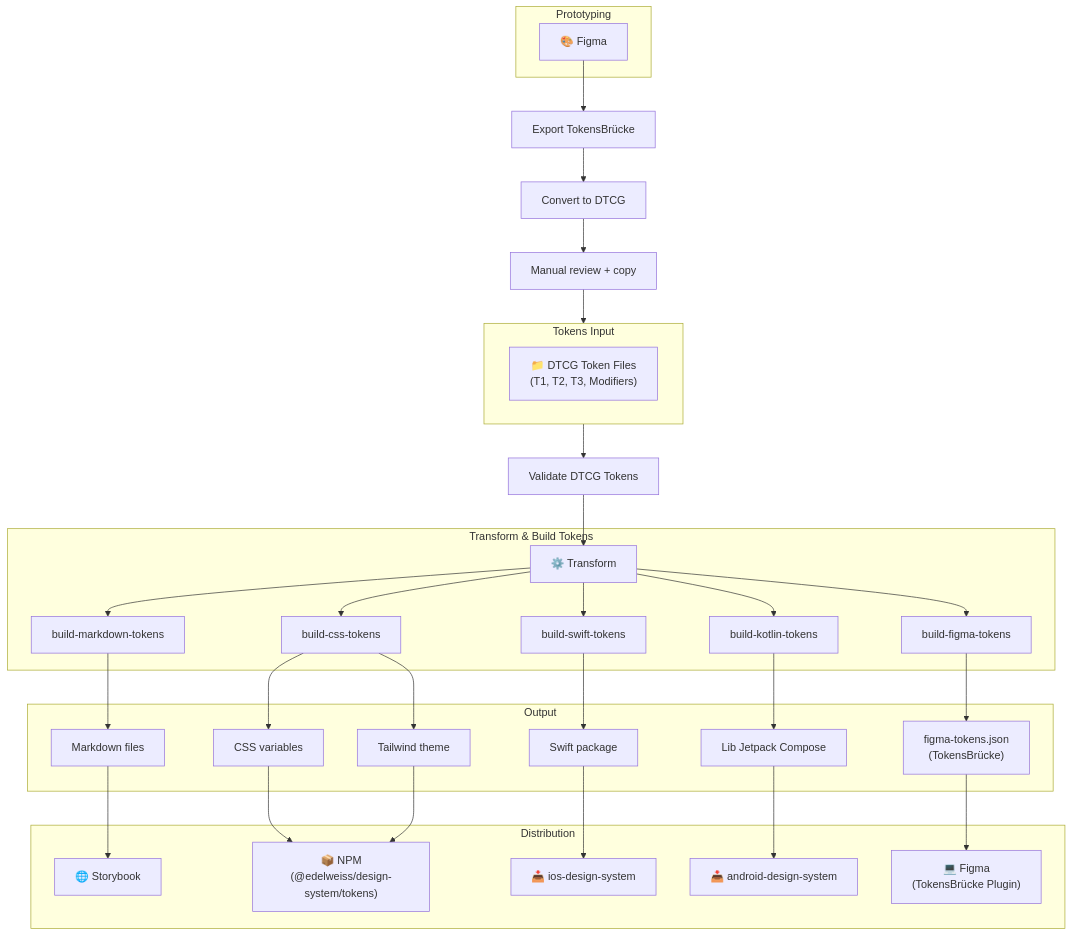
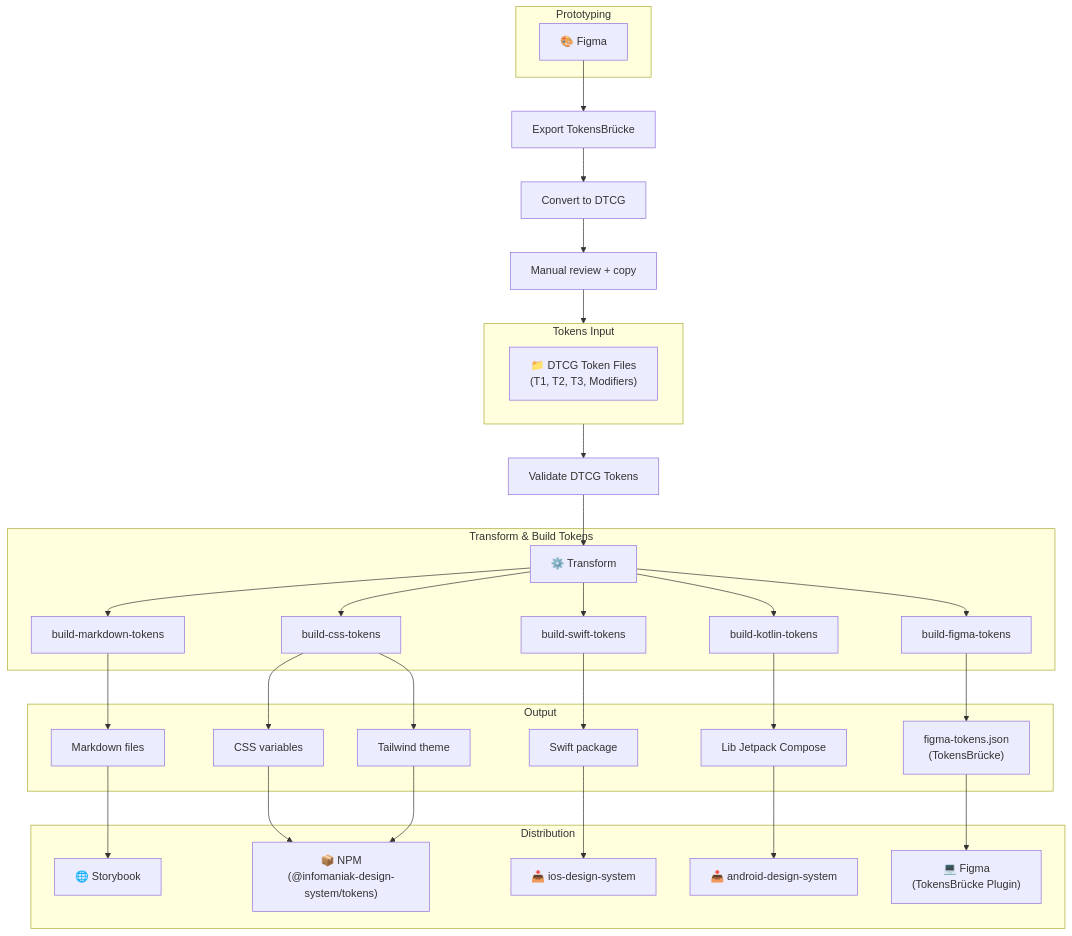
One commit to Infomaniak/design-system changed the diagram in packages/tokens/README.md. Above: the diagram before and after it, drawn with Mermaid.

Commit message:
chore: infomaniak-design-system

````diff
--- a/packages/tokens/README.md
+++ b/packages/tokens/README.md
@@ -12,75 +12,75 @@
 ```mermaid
 flowchart TD
     %% --- Subgraphs ---
 
     subgraph Prototyping["Prototyping"]
         FigmaDoc["🎨 Figma"]
     end
 
     subgraph TokensInput["Tokens Input"]
         Folder["📁 DTCG Token Files<br/>(T1, T2, T3, Modifiers)"]
     end
 
     subgraph BuildTokens["Transform & Build Tokens"]
         Transform["⚙️ Transform"]
         B_MD["build-markdown-tokens"]
         B_CSS["build-css-tokens"]
         B_Swift["build-swift-tokens"]
         B_Kotlin["build-kotlin-tokens"]
         B_Figma["build-figma-tokens"]
 
         Transform --> B_MD & B_CSS & B_Swift & B_Kotlin & B_Figma
     end
 
     subgraph Output["Output"]
         O_MD["Markdown files"]
         O_CSS["CSS variables"]
         O_TW["Tailwind theme"]
         O_Swift["Swift package"]
         O_JC["Lib Jetpack Compose"]
         O_FT["figma-tokens.json<br/>(TokensBrücke)"]
     end
 
     subgraph Distribution["Distribution"]
         D_SB["🌐 Storybook"]
-        D_NPM["📦 NPM<br/>(@edelweiss/design-system/tokens)"]
+        D_NPM["📦 NPM<br/>(@infomaniak-design-system/tokens)"]
         D_iOS["📥 ios-design-system"]
         D_Android["📥 android-design-system"]
         D_Figma["💻 Figma<br/>(TokensBrücke Plugin)"]
     end
 
     %% --- Main Flow and Intermediate Steps ---
 
     Export["Export TokensBrücke"]
     Convert["Convert to DTCG"]
     Manual["Manual review + copy"]
     Validate["Validate DTCG Tokens"]
 
     %% Connecting to the Subgraph to force vertical centering
     FigmaDoc --> Export
     Export --> Convert
     Convert --> Manual
     Manual --> TokensInput
     TokensInput --> Validate
     Validate --> Transform
 
     %% --- Build to Output Connections ---
 
     B_MD --> O_MD
     B_CSS --> O_CSS
     B_CSS --> O_TW
     B_Swift --> O_Swift
     B_Kotlin --> O_JC
     B_Figma --> O_FT
 
     %% --- Output to Distribution Connections ---
 
     O_MD --> D_SB
 
     %% Converging both CSS and Tailwind into NPM
     O_CSS & O_TW --> D_NPM
 
     O_Swift --> D_iOS
     O_JC --> D_Android
     O_FT --> D_Figma
 ```
````
